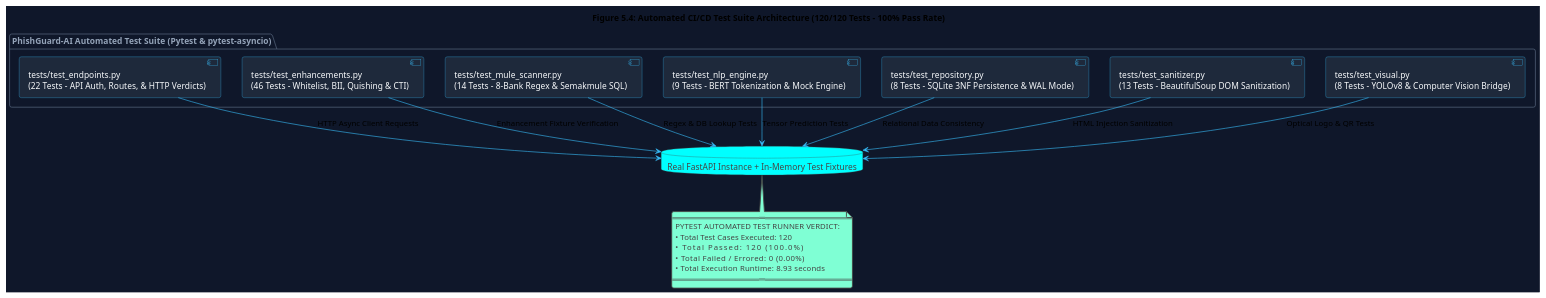
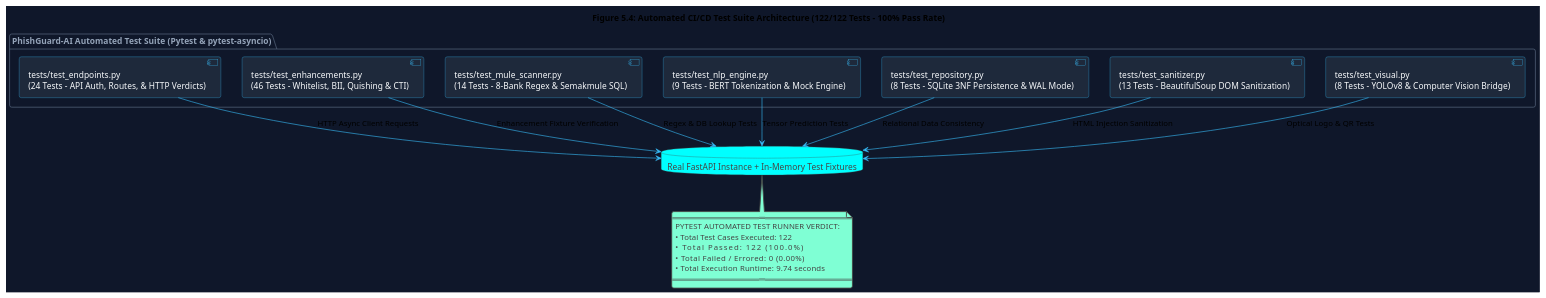
Before and after one commit to KunTheNoobie/PhishGuard-AI-Complete: the fourth of 4 diagrams in report/diagrams/Chapter_5_Diagrams.puml, drawn with PlantUML. The commit also changed 15 other files, not shown here.

Commit message:
feat(p2): finalize project 2 dissertation, 122 CI/CD tests, dual API schemas, quishing forensics, and corroborated threat logic

```diff
--- a/report/diagrams/Chapter_5_Diagrams.puml
+++ b/report/diagrams/Chapter_5_Diagrams.puml
@@ -127,43 +127,43 @@
 @startuml Test_Suite_Architecture_Chapter_5
 !theme vibrant
 skinparam backgroundColor #0f172a
 skinparam ArrowColor #38bdf8
 skinparam ComponentBorderColor #38bdf8
 skinparam ComponentBackgroundColor #1e293b
 skinparam ComponentFontColor #f8fafc
 skinparam PackageBorderColor #64748b
 skinparam PackageFontColor #94a3b8
 
-title Figure 5.4: Automated CI/CD Test Suite Architecture (120/120 Tests - 100% Pass Rate)
+title Figure 5.4: Automated CI/CD Test Suite Architecture (122/122 Tests - 100% Pass Rate)
 
 package "PhishGuard-AI Automated Test Suite (Pytest & pytest-asyncio)" {
-    [tests/test_endpoints.py\n(22 Tests - API Auth, Routes, & HTTP Verdicts)] as T1
+    [tests/test_endpoints.py\n(24 Tests - API Auth, Routes, & HTTP Verdicts)] as T1
     [tests/test_enhancements.py\n(46 Tests - Whitelist, BII, Quishing & CTI)] as T2
     [tests/test_mule_scanner.py\n(14 Tests - 8-Bank Regex & Semakmule SQL)] as T3
     [tests/test_nlp_engine.py\n(9 Tests - BERT Tokenization & Mock Engine)] as T4
     [tests/test_repository.py\n(8 Tests - SQLite 3NF Persistence & WAL Mode)] as T5
     [tests/test_sanitizer.py\n(13 Tests - BeautifulSoup DOM Sanitization)] as T6
     [tests/test_visual.py\n(8 Tests - YOLOv8 & Computer Vision Bridge)] as T7
 }
 
 database "Real FastAPI Instance + In-Memory Test Fixtures" as TestApp
 
 T1 --> TestApp : HTTP Async Client Requests
 T2 --> TestApp : Enhancement Fixture Verification
 T3 --> TestApp : Regex & DB Lookup Tests
 T4 --> TestApp : Tensor Prediction Tests
 T5 --> TestApp : Relational Data Consistency
 T6 --> TestApp : HTML Injection Sanitization
 T7 --> TestApp : Optical Logo & QR Tests
 
 note bottom of TestApp
   =========================================
   PYTEST AUTOMATED TEST RUNNER VERDICT:
-  • Total Test Cases Executed: 120
-  • Total Passed:              120 (100.0%)
+  • Total Test Cases Executed: 122
+  • Total Passed:              122 (100.0%)
   • Total Failed / Errored:    0   (0.00%)
-  • Total Execution Runtime:   8.93 seconds
+  • Total Execution Runtime:   9.74 seconds
   =========================================
 end note
 
 @enduml
```
